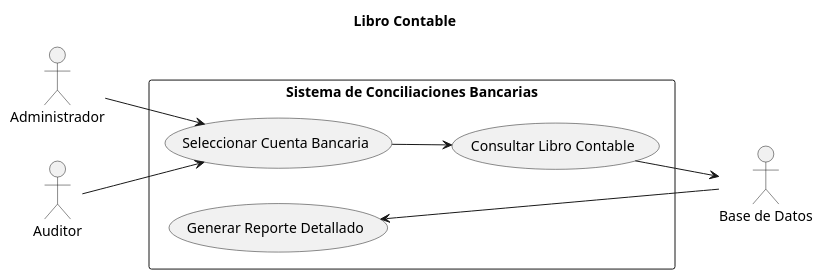
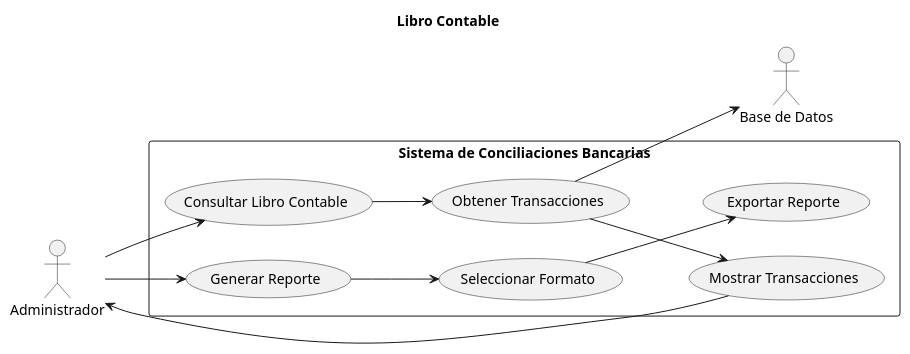
The diagram in LibroContable.puml (ricardouriegas/sistema-de-consilaciones-bancarias), drawn with PlantUML before and after one commit. The commit also changed 15 other files, not shown here.

```diff
--- a/LibroContable.puml
+++ b/LibroContable.puml
@@ -1,18 +1,22 @@
 @startuml LibroContable
 title Libro Contable
 left to right direction
 
 actor Administrador as admin
-actor Auditor as auditor
-actor "Base de Datos" as bd
+actor "Base de Datos" as db
 
 rectangle "Sistema de Conciliaciones Bancarias" {
-    admin --> (Seleccionar Cuenta Bancaria)
-    auditor --> (Seleccionar Cuenta Bancaria)
+    admin --> (Consultar Libro Contable)
 
-    (Seleccionar Cuenta Bancaria) --> (Consultar Libro Contable)
-    (Consultar Libro Contable) --> bd
-    bd --> (Generar Reporte Detallado)
+    (Consultar Libro Contable) --> (Obtener Transacciones)
+    (Obtener Transacciones) --> db
+
+    (Obtener Transacciones) --> (Mostrar Transacciones)
+    (Mostrar Transacciones) --> admin
+
+    admin --> (Generar Reporte)
+    (Generar Reporte) --> (Seleccionar Formato)
+    (Seleccionar Formato) --> (Exportar Reporte)
 }
 
 @enduml
```
